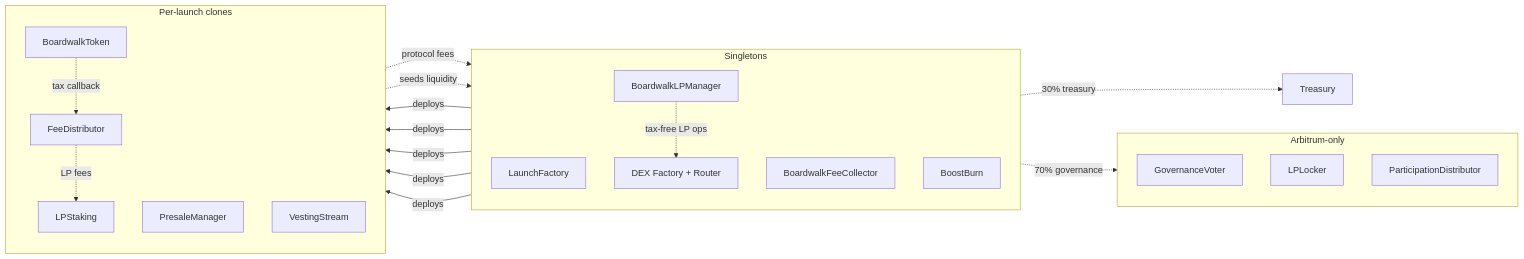
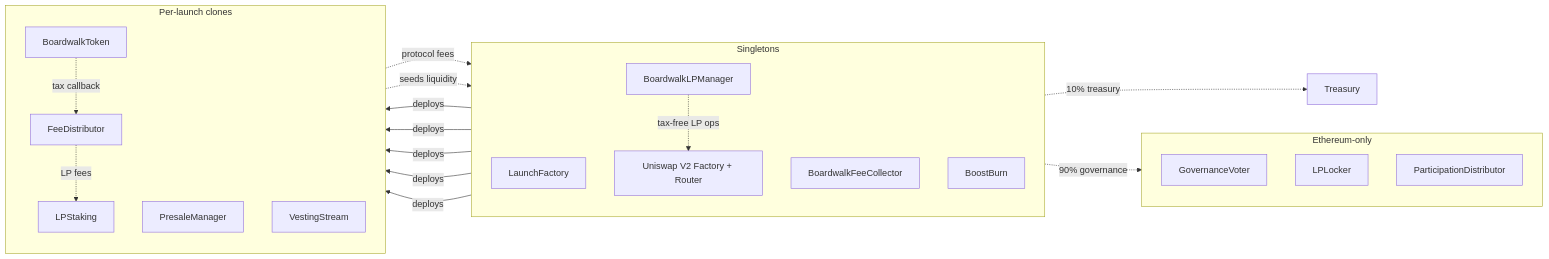
The diagram in README.md (useboardwalk/boardwalk-contracts), drawn with Mermaid before and after one commit. The commit also changed other lines of this file and 74 other files, not shown here.

````diff
--- a/README.md
+++ b/README.md
@@ -13,41 +13,41 @@
 ```mermaid
 graph LR
     subgraph SINGLETONS [Singletons]
         direction TB
         LF[LaunchFactory]
         LPM[BoardwalkLPManager]
         FC[BoardwalkFeeCollector]
         BB[BoostBurn]
-        DEX[DEX Factory + Router]
+        DEX[Uniswap V2 Factory + Router]
     end
 
-    subgraph GOVERNANCE [Arbitrum-only]
+    subgraph GOVERNANCE [Ethereum-only]
         direction TB
         GV[GovernanceVoter]
         LPL[LPLocker]
         PD[ParticipationDistributor]
     end
 
     subgraph CLONES [Per-launch clones]
         direction TB
         TK[BoardwalkToken]
         FD[FeeDistributor]
         PM[PresaleManager]
         LS[LPStaking]
         VS[VestingStream]
     end
 
     LF -- deploys --> TK
     LF -- deploys --> FD
     LF -- deploys --> PM
     LF -- deploys --> LS
     LF -- deploys --> VS
 
     TK -. tax callback .-> FD
     FD -. LP fees .-> LS
     FD -. protocol fees .-> FC
-    FC -. 30% treasury .-> TR[Treasury]
-    FC -. 70% governance .-> GV
+    FC -. 10% treasury .-> TR[Treasury]
+    FC -. 90% governance .-> GV
     PM -. seeds liquidity .-> DEX
     LPM -. tax-free LP ops .-> DEX
 ```
````
